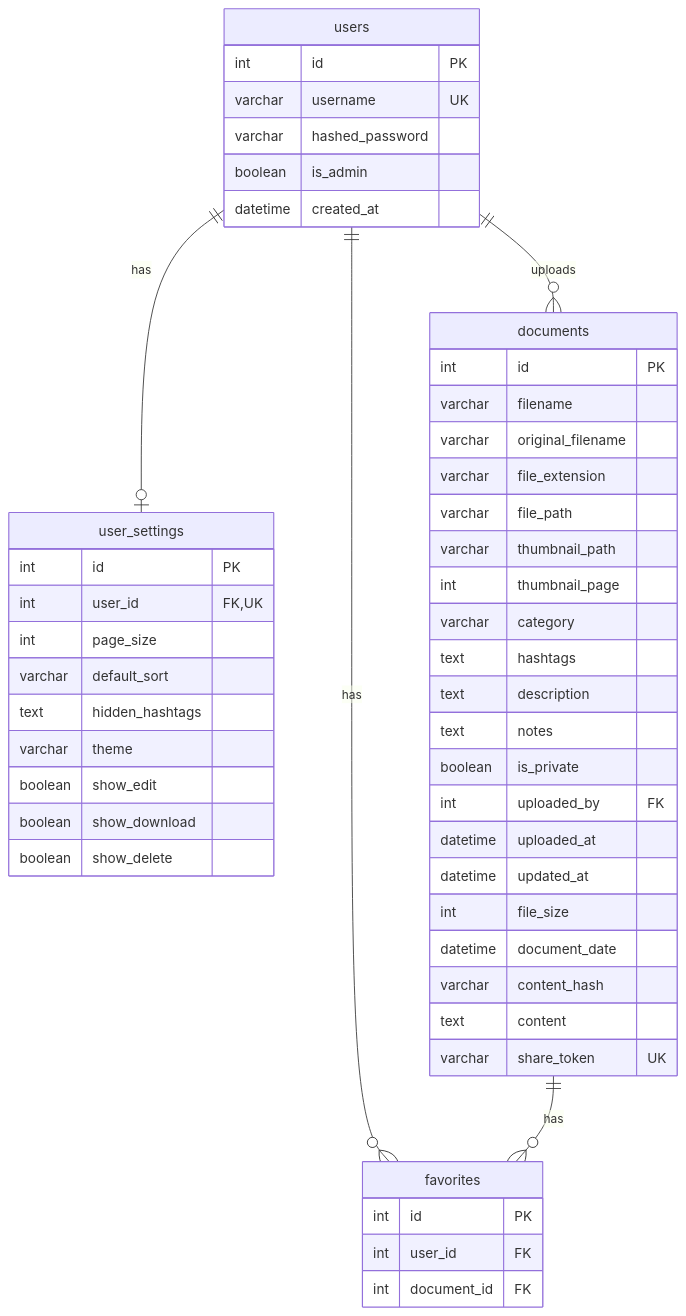
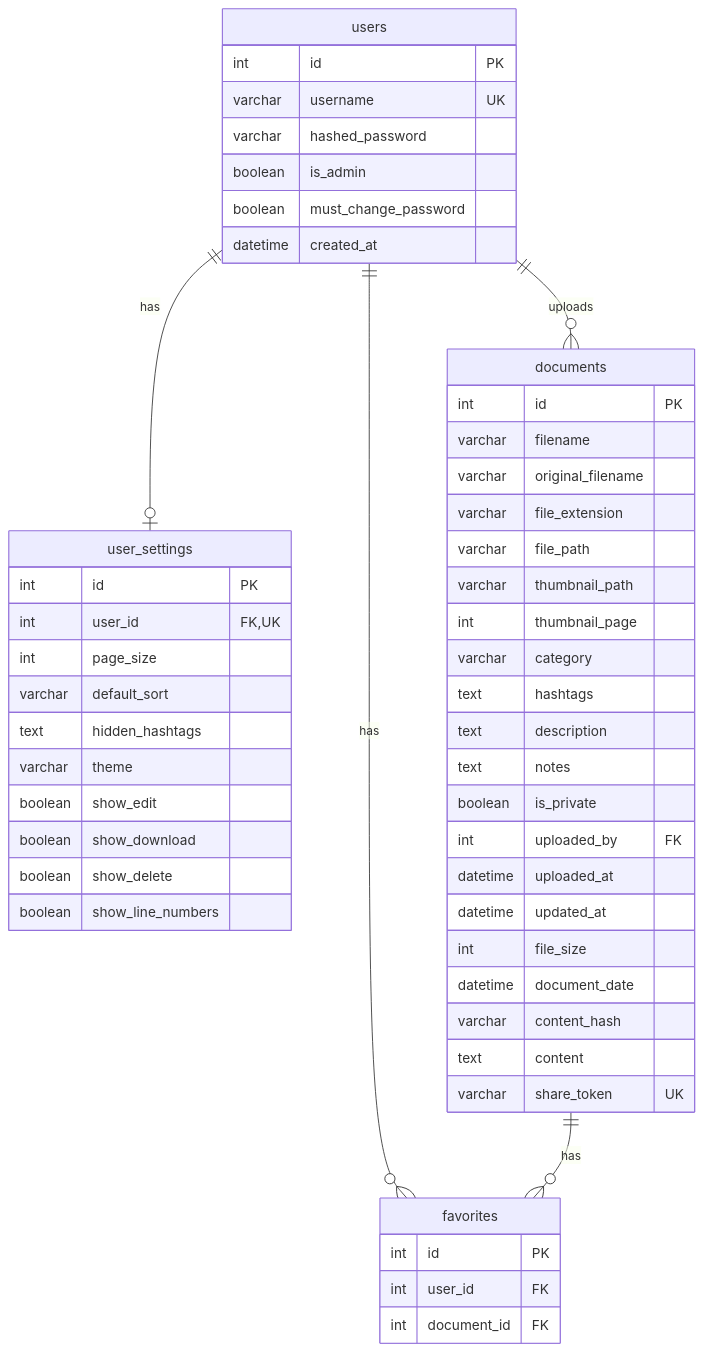
Before and after one commit to dkrse/docs-manager: the second of 7 diagrams in docs/diagrams.md, drawn with Mermaid. The commit also changed 17 other files, not shown here.

````diff
--- a/docs/diagrams.md
+++ b/docs/diagrams.md
@@ -32,56 +32,58 @@
 ```mermaid
 erDiagram
     users {
         int id PK
         varchar username UK
         varchar hashed_password
         boolean is_admin
+        boolean must_change_password
         datetime created_at
     }
 
     user_settings {
         int id PK
         int user_id FK,UK
         int page_size
         varchar default_sort
         text hidden_hashtags
         varchar theme
         boolean show_edit
         boolean show_download
         boolean show_delete
+        boolean show_line_numbers
     }
 
     documents {
         int id PK
         varchar filename
         varchar original_filename
         varchar file_extension
         varchar file_path
         varchar thumbnail_path
         int thumbnail_page
         varchar category
         text hashtags
         text description
         text notes
         boolean is_private
         int uploaded_by FK
         datetime uploaded_at
         datetime updated_at
         int file_size
         datetime document_date
         varchar content_hash
         text content
         varchar share_token UK
     }
 
     favorites {
         int id PK
         int user_id FK
         int document_id FK
     }
 
     users ||--o| user_settings : "has"
     users ||--o{ documents : "uploads"
     users ||--o{ favorites : "has"
     documents ||--o{ favorites : "has"
 ```
````
